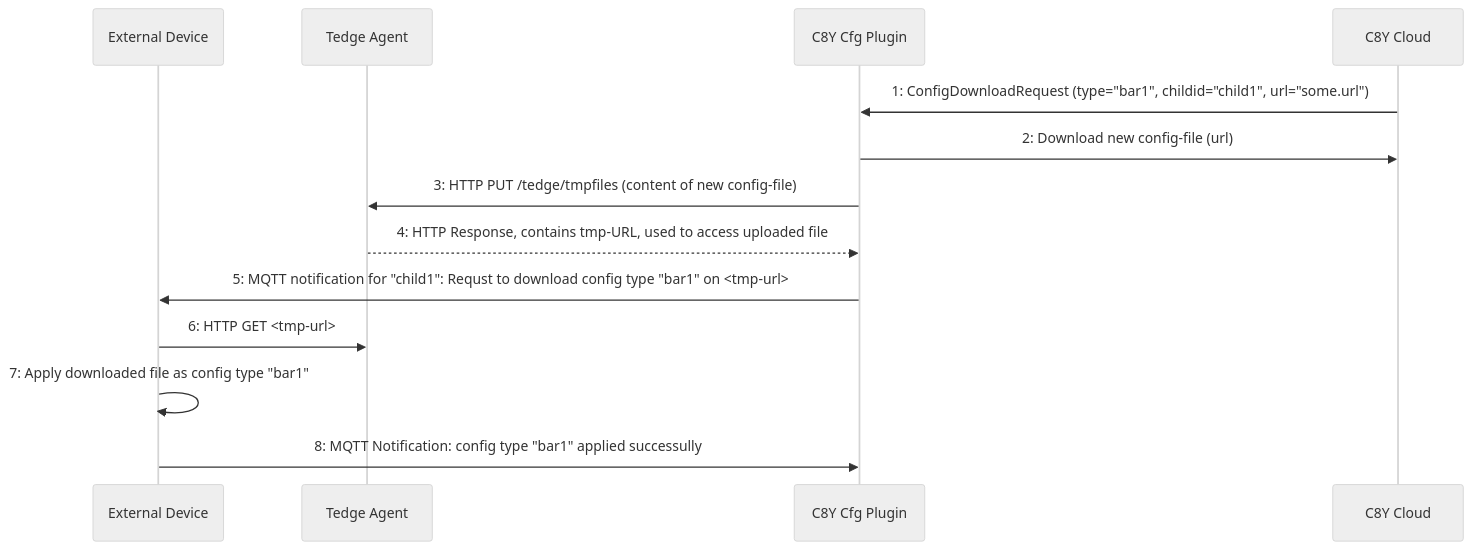
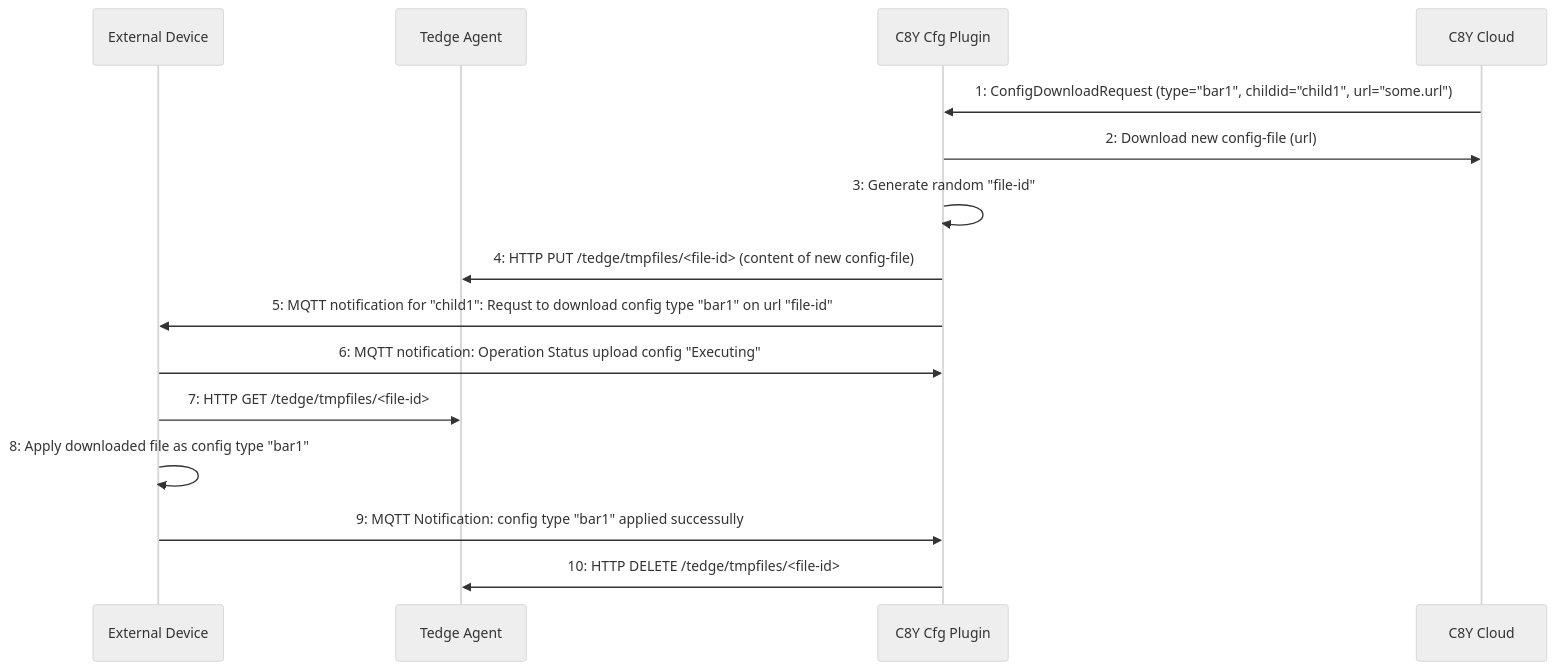
One commit to thin-edge/thin-edge.io changed the second of 2 diagrams in docs/src/references/c8y-configuration-management.md. Above: the diagram before and after it, drawn with Mermaid (neutral theme). The commit also changed other lines of this file, not shown here.

Commit message:
added "file-id" and HTTP DELETE

````diff
--- a/docs/src/references/c8y-configuration-management.md
+++ b/docs/src/references/c8y-configuration-management.md
@@ -343,20 +348,23 @@
 ```mermaid
 sequenceDiagram
     participant External Device
     participant Tedge Agent
     participant C8Y Cfg Plugin
     participant C8Y Cloud
     
 
         C8Y Cloud->>C8Y Cfg Plugin: 1: ConfigDownloadRequest (type="bar1", childid="child1", url="some.url")
+        C8Y Cfg Plugin->>C8Y Cloud: 2: Download new config-file (url)
 
-        C8Y Cfg Plugin->>C8Y Cloud: 2: Download new config-file (url)
-        C8Y Cfg Plugin->>Tedge Agent: 3: HTTP PUT /tedge/tmpfiles (content of new config-file)
-        Tedge Agent-->>C8Y Cfg Plugin: 4: HTTP Response, contains tmp-URL, used to access uploaded file
+        C8Y Cfg Plugin->>C8Y Cfg Plugin: 3: Generate random "file-id"     
+        C8Y Cfg Plugin->>Tedge Agent: 4: HTTP PUT /tedge/tmpfiles/<file-id> (content of new config-file)
 
-        C8Y Cfg Plugin->>External Device: 5: MQTT notification for "child1": Requst to download config type "bar1" on <tmp-url>
+        C8Y Cfg Plugin->>External Device: 5: MQTT notification for "child1": Requst to download config type "bar1" on url "file-id"
 
-        External Device->>Tedge Agent: 6: HTTP GET <tmp-url>
-        External Device->>External Device: 7: Apply downloaded file as config type "bar1"
-        External Device->>C8Y Cfg Plugin: 8: MQTT Notification: config type "bar1" applied successully
+        External Device->>C8Y Cfg Plugin: 6: MQTT notification: Operation Status upload config "Executing" 
+
+        External Device->>Tedge Agent: 7: HTTP GET /tedge/tmpfiles/<file-id>
+        External Device->>External Device: 8: Apply downloaded file as config type "bar1"
+        External Device->>C8Y Cfg Plugin: 9: MQTT Notification: config type "bar1" applied successully
+        C8Y Cfg Plugin->>Tedge Agent: 10: HTTP DELETE /tedge/tmpfiles/<file-id>
 ```
````
